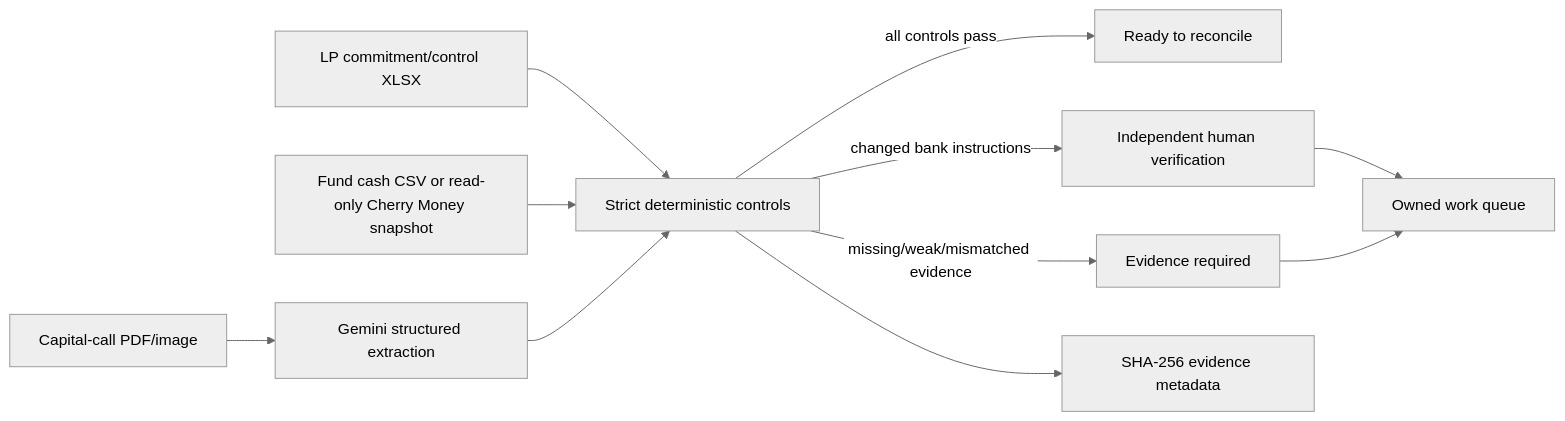
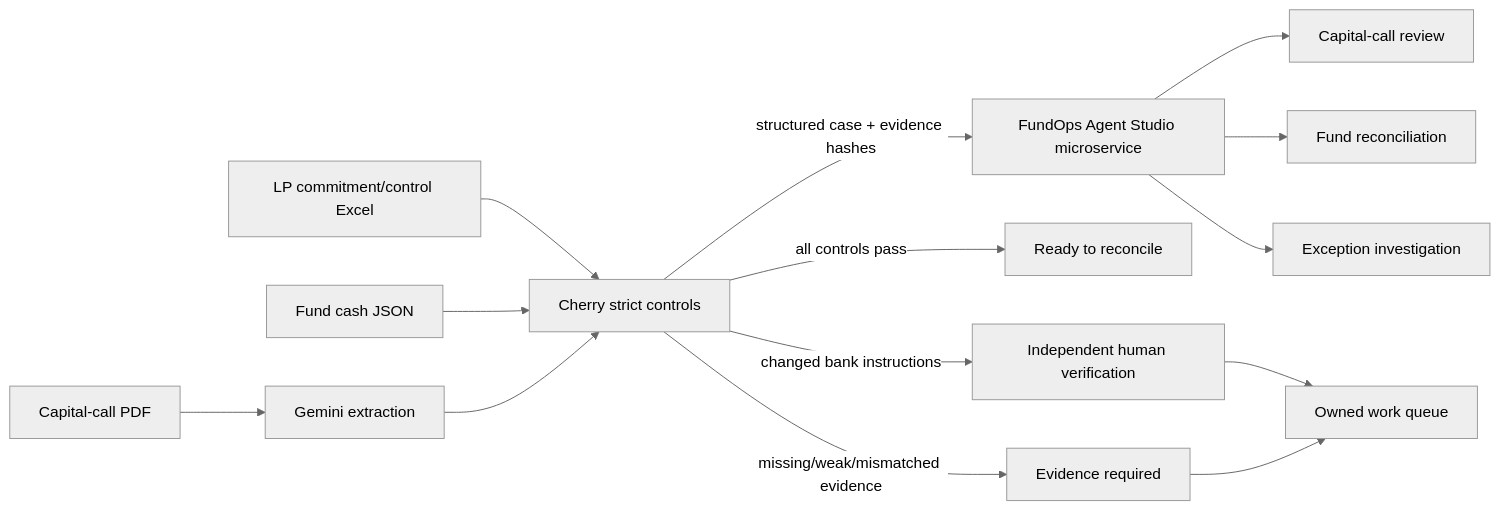
One commit to sohamtech-uk/cherry-agentic-finops changed the diagram in README.md. Above: the diagram before and after it, drawn with Mermaid (neutral theme). The commit also changed other lines of this file, not shown here.

Commit message:
docs: describe Agent Studio microservice integration

````diff
--- a/README.md
+++ b/README.md
@@ -32,13 +36,16 @@
 ```mermaid
 flowchart LR
-  P[Capital-call PDF/image] --> G[Gemini structured extraction]
-  X[LP commitment/control XLSX] --> C[Strict deterministic controls]
-  B[Fund cash CSV or read-only Cherry Money snapshot] --> C
+  P[Capital-call PDF] --> G[Gemini extraction]
+  X[LP commitment/control Excel] --> C[Cherry strict controls]
+  J[Fund cash JSON] --> C
   G --> C
+  C -->|structured case + evidence hashes| S[FundOps Agent Studio microservice]
+  S --> SR[Capital-call review]
+  S --> RR[Fund reconciliation]
+  S --> ER[Exception investigation]
   C -->|all controls pass| R[Ready to reconcile]
   C -->|changed bank instructions| H[Independent human verification]
   C -->|missing/weak/mismatched evidence| E[Evidence required]
   H --> W[Owned work queue]
   E --> W
-  C --> A[SHA-256 evidence metadata]
 ```
````
